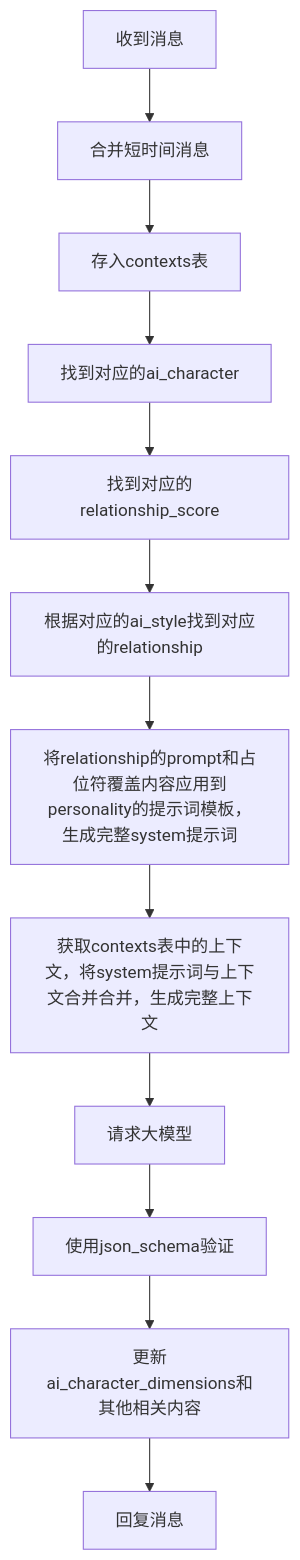
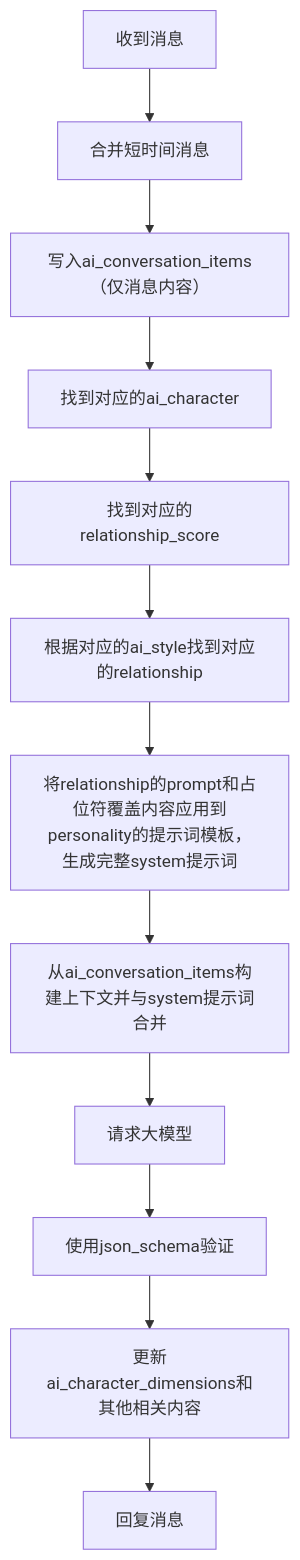
One commit to Monopink/ailo changed the second of 2 diagrams in docs/prototype/ai-chat.md. Above: the diagram before and after it, drawn with Mermaid. The commit also changed other lines of this file and 4 other files, not shown here.

````diff
--- a/docs/prototype/ai-chat.md
+++ b/docs/prototype/ai-chat.md
@@ -19,14 +19,14 @@
 ```mermaid
 flowchart TB
     n1["收到消息"] --> n2["合并短时间消息"]
-    n2 --> n3["存入contexts表"]
+    n2 --> n3["写入ai_conversation_items（仅消息内容）"]
     n3 --> n4["找到对应的ai_character"]
     n4 --> n5["找到对应的relationship_score"]
     n5 --> n6["根据对应的ai_style找到对应的relationship"]
     n6 --> n7["将relationship的prompt和占位符覆盖内容应用到personality的提示词模板，生成完整system提示词"]
-    n7 --> n8["获取contexts表中的上下文，将system提示词与上下文合并合并，生成完整上下文"]
+    n7 --> n8["从ai_conversation_items构建上下文并与system提示词合并"]
     n8 --> n9["请求大模型"]
     n9 --> n11["使用json_schema验证"]
     n11 --> n12["更新ai_character_dimensions和其他相关内容"]
     n12 --> n13["回复消息"]
 ```
````
